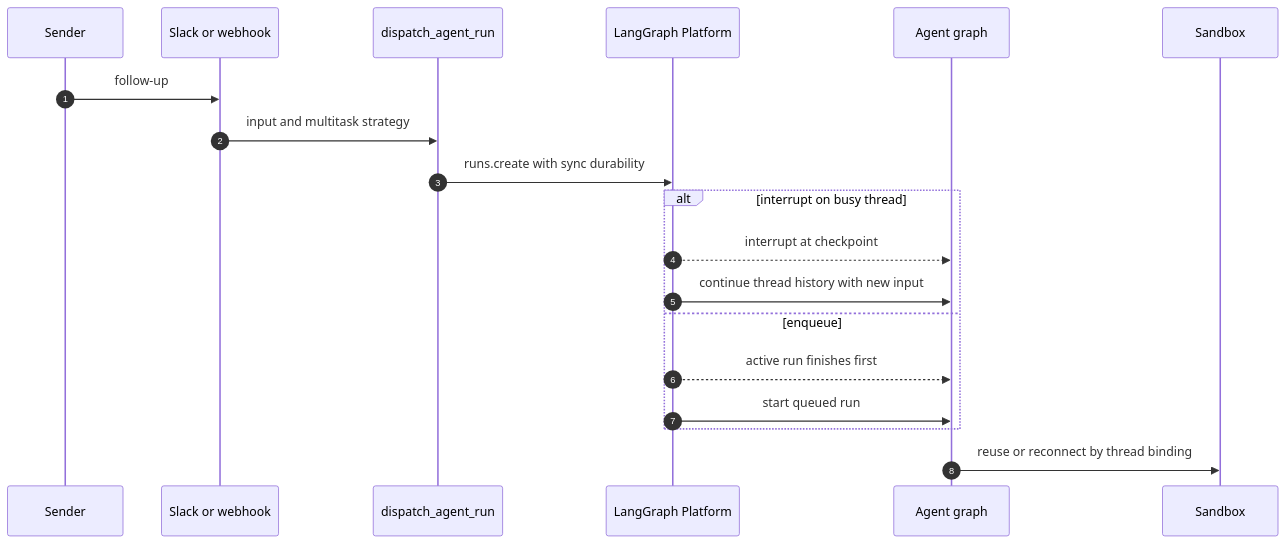
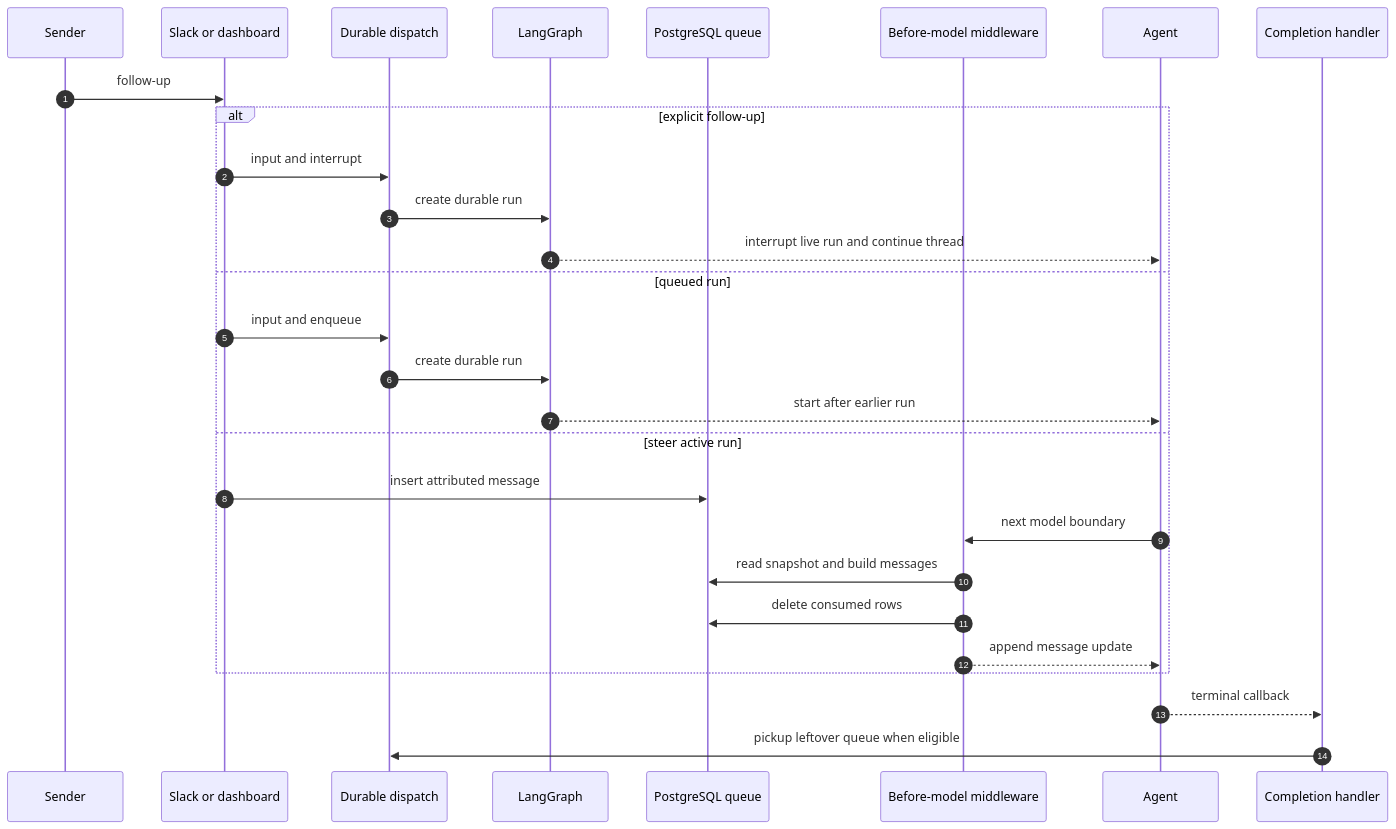
One commit to langchain-ai/open-swe changed the diagram in openwiki/workflows/follow-up-messages.md. Above: the diagram before and after it, drawn with Mermaid. The commit also changed other lines of this file and 63 other files, not shown here.

````diff
--- a/openwiki/workflows/follow-up-messages.md
+++ b/openwiki/workflows/follow-up-messages.md
@@ -94,22 +73,31 @@
 ```mermaid
 sequenceDiagram
     autonumber
     participant Sender
-    participant Trigger as Slack or webhook
-    participant Dispatch as dispatch_agent_run
-    participant Platform as LangGraph Platform
-    participant Agent as Agent graph
-    participant Sandbox
+    participant Gateway as Slack or dashboard
+    participant Dispatch as Durable dispatch
+    participant Platform as LangGraph
+    participant Queue as PostgreSQL queue
+    participant Middleware as Before-model middleware
+    participant Agent
+    participant Complete as Completion handler
 
-    Sender->>Trigger: follow-up
-    Trigger->>Dispatch: input and multitask strategy
-    Dispatch->>Platform: runs.create with sync durability
-    alt interrupt on busy thread
-        Platform-->>Agent: interrupt at checkpoint
-        Platform->>Agent: continue thread history with new input
-    else enqueue
-        Platform-->>Agent: active run finishes first
-        Platform->>Agent: start queued run
+    Sender->>Gateway: follow-up
+    alt explicit follow-up
+        Gateway->>Dispatch: input and interrupt
+        Dispatch->>Platform: create durable run
+        Platform-->>Agent: interrupt live run and continue thread
+    else queued run
+        Gateway->>Dispatch: input and enqueue
+        Dispatch->>Platform: create durable run
+        Platform-->>Agent: start after earlier run
+    else steer active run
+        Gateway->>Queue: insert attributed message
+        Agent->>Middleware: next model boundary
+        Middleware->>Queue: read snapshot and build messages
+        Middleware->>Queue: delete consumed rows
+        Middleware-->>Agent: append message update
     end
-    Agent->>Sandbox: reuse or reconnect by thread binding
+    Agent-->>Complete: terminal callback
+    Complete->>Dispatch: pickup leftover queue when eligible
 ```
````
